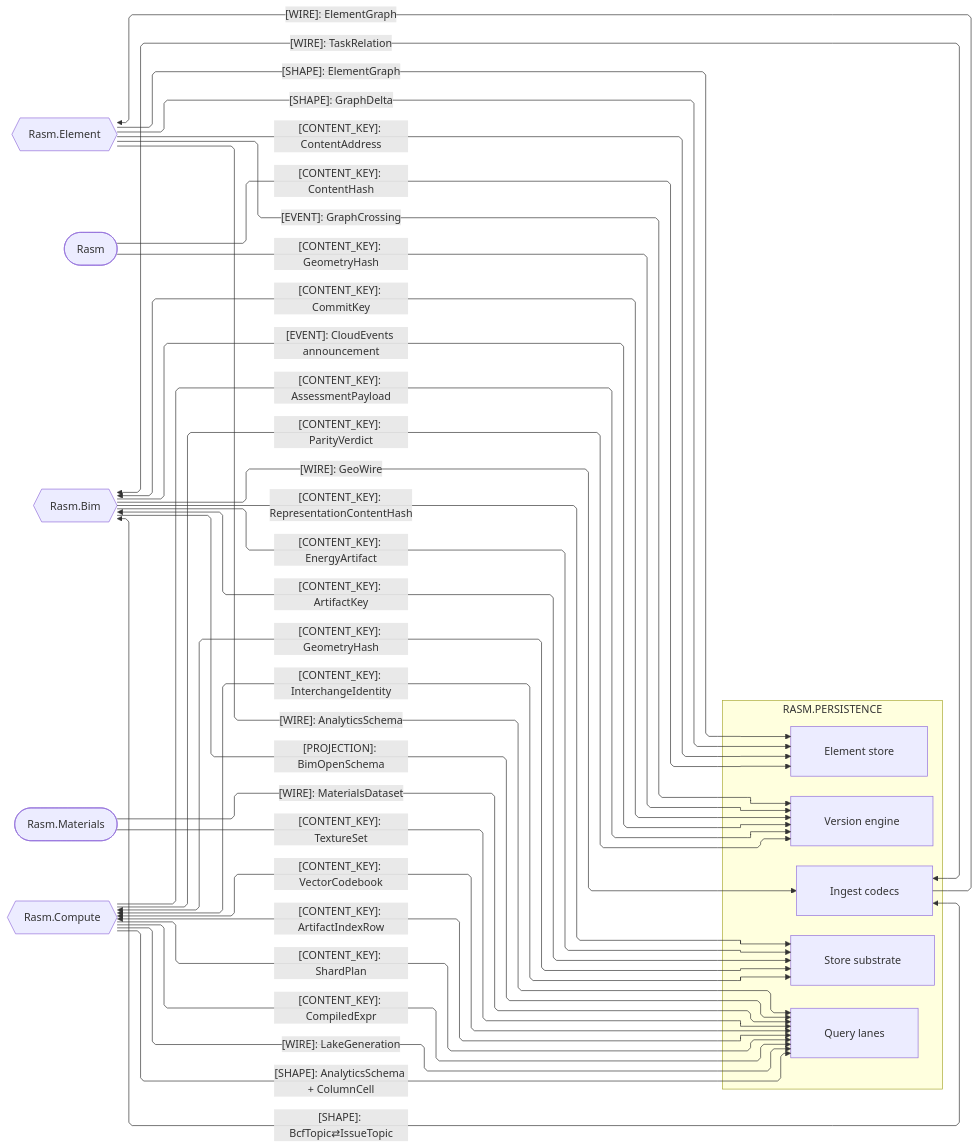
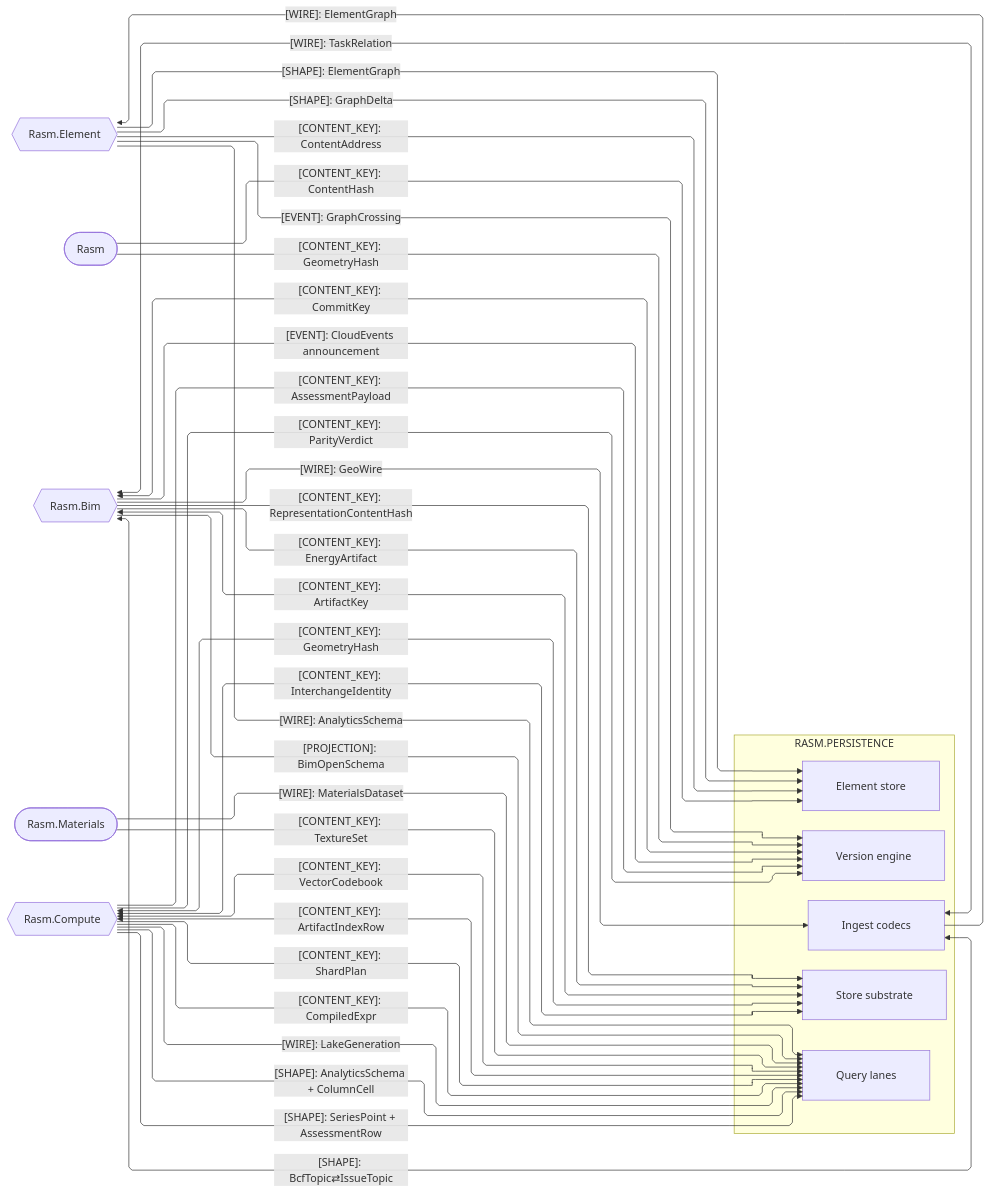
Before and after one commit to bsamiee/Rasm: the second of 4 diagrams in libs/csharp/Rasm.Persistence/ARCHITECTURE.md, drawn with Mermaid. The commit also changed other lines of this file and 56 other files, not shown here.

````diff
--- a/libs/csharp/Rasm.Persistence/ARCHITECTURE.md
+++ b/libs/csharp/Rasm.Persistence/ARCHITECTURE.md
@@ -108,53 +110,54 @@
 ```mermaid
 ---
 config:
   layout: elk
   flowchart:
     curve: linear
     padding: 25
 ---
 flowchart LR
     accTitle: Persistence domain and kernel content seams
     accDescr: Persistence sub-domain owners exchanging shapes, content keys, wires, and projections with the kernel and every AEC peer.
     subgraph persistence[RASM.PERSISTENCE]
         Element[Element store]
         Version[Version engine]
         Query[Query lanes]
         Ingest[Ingest codecs]
         Store[Store substrate]
     end
     RasmElement{{Rasm.Element}}
     Rasm([Rasm])
     Bim{{Rasm.Bim}}
     Materials([Rasm.Materials])
     Compute{{Rasm.Compute}}
     RasmElement e1@-->|"[SHAPE]: ElementGraph"| Element
     RasmElement e2@-->|"[SHAPE]: GraphDelta"| Element
     RasmElement e3@-->|"[CONTENT_KEY]: ContentAddress"| Element
     RasmElement e4@-->|"[EVENT]: GraphCrossing"| Version
     Ingest e5@-->|"[WIRE]: ElementGraph"| RasmElement
     Rasm e6@-->|"[CONTENT_KEY]: ContentHash"| Element
     Rasm e7@-->|"[CONTENT_KEY]: GeometryHash"| Version
     Bim e8@-->|"[PROJECTION]: BimOpenSchema"| Query
     Bim e9@-->|"[CONTENT_KEY]: RepresentationContentHash"| Store
     Bim e10@-->|"[CONTENT_KEY]: EnergyArtifact"| Store
     Bim e11@<-->|"[CONTENT_KEY]: ArtifactKey"| Store
     Bim e12@<-->|"[CONTENT_KEY]: CommitKey"| Version
     Bim e13@-->|"[EVENT]: CloudEvents announcement"| Version
     Ingest e14@<-->|"[WIRE]: TaskRelation"| Bim
     Bim e15@-->|"[WIRE]: GeoWire"| Ingest
     Ingest e16@<-->|"[SHAPE]: BcfTopic⇄IssueTopic"| Bim
     RasmElement e17@-->|"[WIRE]: AnalyticsSchema"| Query
     Materials e18@-->|"[WIRE]: MaterialsDataset"| Query
     Materials e19@-->|"[CONTENT_KEY]: TextureSet"| Query
     Compute e20@-->|"[CONTENT_KEY]: AssessmentPayload"| Version
     Compute e21@-->|"[CONTENT_KEY]: ParityVerdict"| Version
     Compute e22@<-->|"[CONTENT_KEY]: VectorCodebook"| Query
     Compute e23@<-->|"[CONTENT_KEY]: ArtifactIndexRow"| Query
     Compute e24@-->|"[CONTENT_KEY]: ShardPlan"| Query
     Compute e25@-->|"[CONTENT_KEY]: CompiledExpr"| Query
     Compute e26@<-->|"[CONTENT_KEY]: GeometryHash"| Store
     Compute e27@<-->|"[CONTENT_KEY]: InterchangeIdentity"| Store
     Compute e28@-->|"[WIRE]: LakeGeneration"| Query
     Compute e29@-->|"[SHAPE]: AnalyticsSchema + ColumnCell"| Query
+    Compute e30@-->|"[SHAPE]: SeriesPoint + AssessmentRow"| Query
 ```
````
